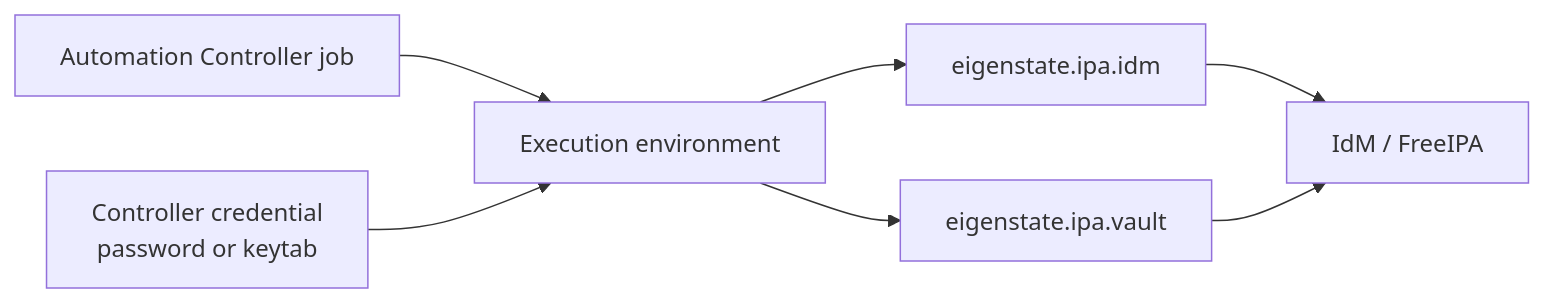
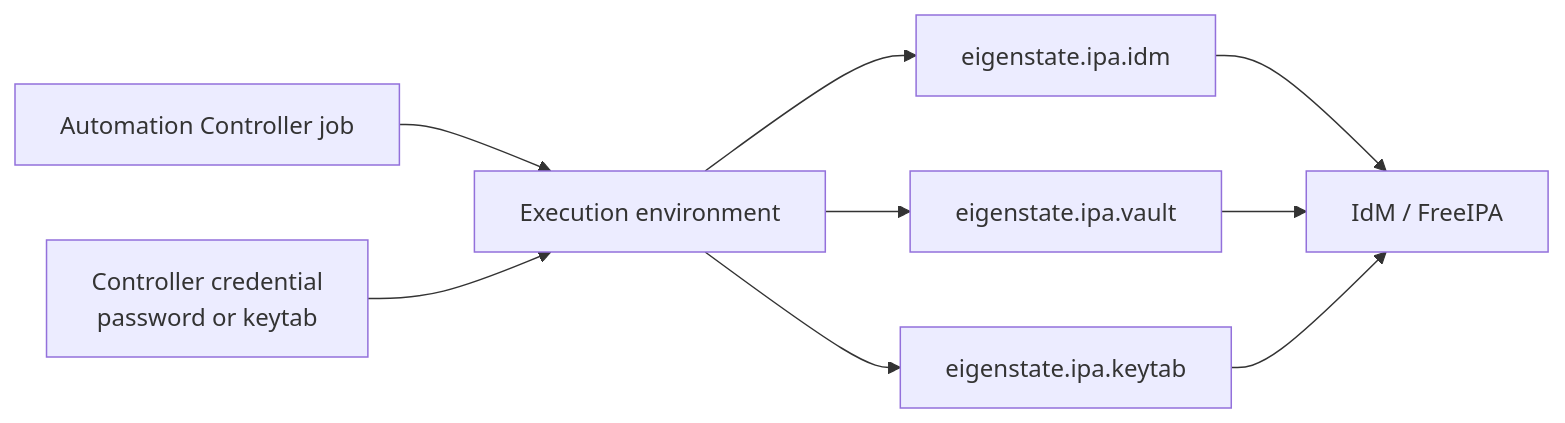
The diagram in docs/aap-integration.md (gprocunier/eigenstate-ipa), drawn with Mermaid before and after one commit. The commit also changed other lines of this file and 10 other files, not shown here.

First line of the commit message:
Add eigenstate.ipa.keytab lookup plugin (1.1.0)

````diff
--- a/docs/aap-integration.md
+++ b/docs/aap-integration.md
@@ -32,16 +33,19 @@
 ```mermaid
 flowchart LR
     ctrl["Automation Controller job"]
     ee["Execution environment"]
     cred["Controller credential\npassword or keytab"]
     inv["eigenstate.ipa.idm"]
     vault["eigenstate.ipa.vault"]
+    keytab["eigenstate.ipa.keytab"]
     idm["IdM / FreeIPA"]
 
     ctrl --> ee
     cred --> ee
     ee --> inv
     ee --> vault
+    ee --> keytab
     inv --> idm
     vault --> idm
+    keytab --> idm
 ```
````
